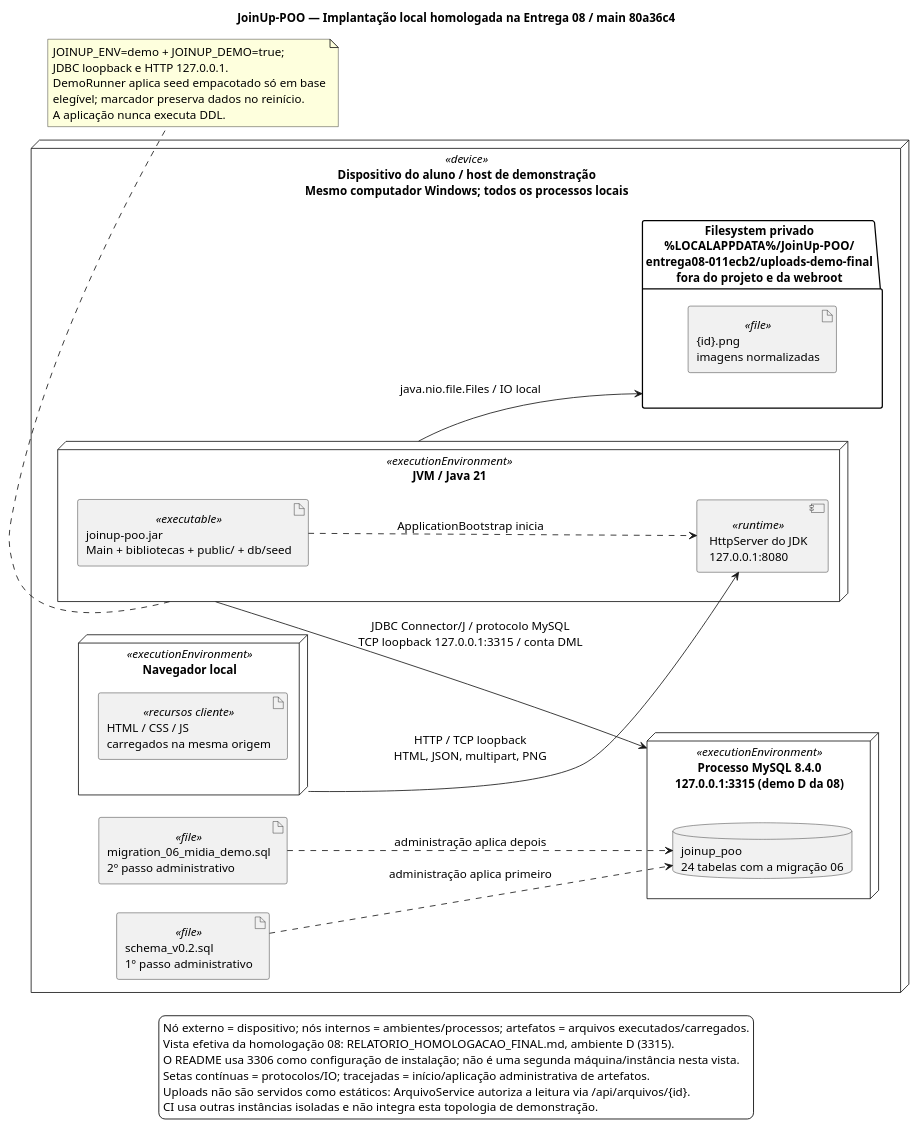
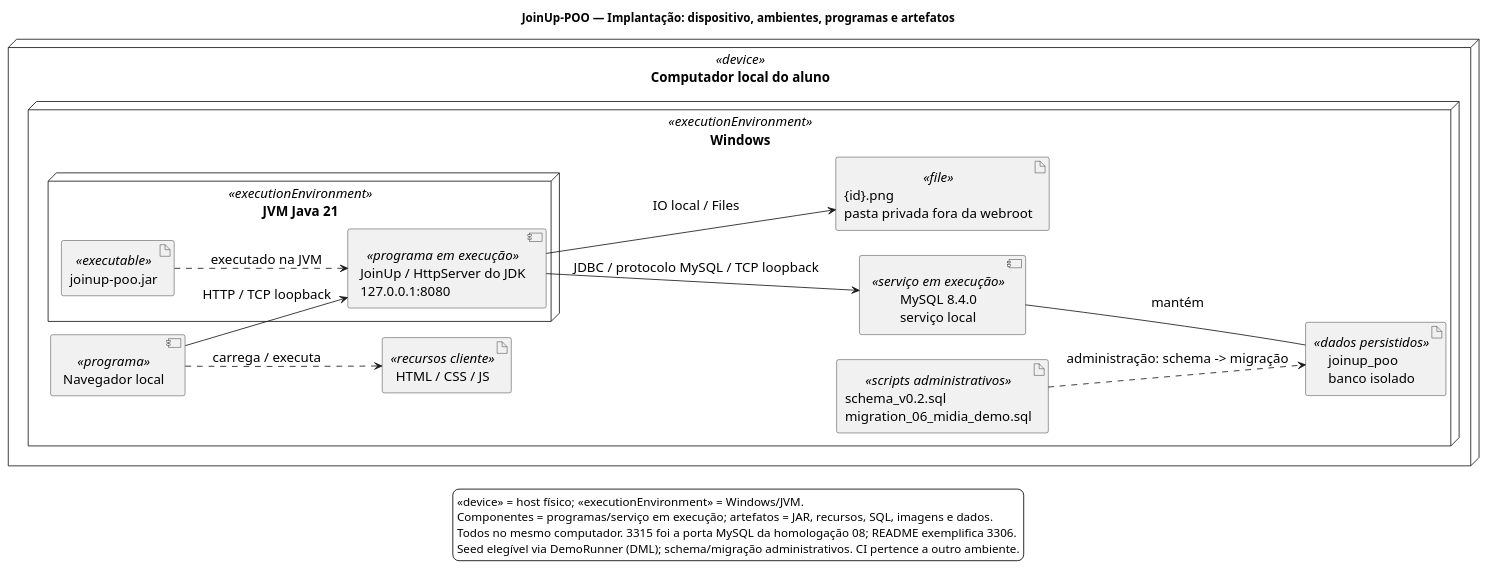
Before and after one commit to ericjs-code/JoinUp-POO: the diagram in docs/ra2/DIAGRAMA_IMPLANTACAO.puml, drawn with PlantUML. The commit also changed 29 other files, not shown here.

Commit message:
docs: alinha UML a auditoria didatica do PR 11

```diff
--- a/docs/ra2/DIAGRAMA_IMPLANTACAO.puml
+++ b/docs/ra2/DIAGRAMA_IMPLANTACAO.puml
@@ -1,52 +1,37 @@
 @startuml
-title JoinUp-POO — Implantação local homologada na Entrega 08 / main 80a36c4
+title JoinUp-POO — Implantação: dispositivo, ambientes, programas e artefatos
 skinparam shadowing false
 skinparam backgroundColor white
 skinparam defaultFontName Arial
-skinparam defaultFontSize 14
-skinparam nodesep 35
-skinparam ranksep 45
+skinparam defaultFontSize 16
+skinparam nodesep 30
+skinparam ranksep 40
 left to right direction
-
-node "Dispositivo do aluno / host de demonstração\nMesmo computador Windows; todos os processos locais" as host <<device>> {
-  node "Navegador local" as browser <<executionEnvironment>> {
-    artifact "HTML / CSS / JS\ncarregados na mesma origem" as client <<recursos cliente>>
+node "Computador local do aluno" as host <<device>> {
+  node "Windows" as os <<executionEnvironment>> {
+    component "Navegador local" as browser <<programa>>
+    artifact "HTML / CSS / JS" as client <<recursos cliente>>
+    node "JVM Java 21" as jvm <<executionEnvironment>> {
+      artifact "joinup-poo.jar" as jar <<executable>>
+      component "JoinUp / HttpServer do JDK\n127.0.0.1:8080" as app <<programa em execução>>
+    }
+    component "MySQL 8.4.0\nserviço local" as mysql <<serviço em execução>>
+    artifact "joinup_poo\nbanco isolado" as db <<dados persistidos>>
+    artifact "{id}.png\npasta privada fora da webroot" as png <<file>>
+    artifact "schema_v0.2.sql\nmigration_06_midia_demo.sql" as ddl <<scripts administrativos>>
   }
-  node "JVM / Java 21" as jvm <<executionEnvironment>> {
-    artifact "joinup-poo.jar\nMain + bibliotecas + public/ + db/seed" as jar <<executable>>
-    component "HttpServer do JDK\n127.0.0.1:8080" as http <<runtime>>
-    jar ..> http : ApplicationBootstrap inicia
-  }
-  node "Processo MySQL 8.4.0\n127.0.0.1:3315 (demo D da 08)" as mysql <<executionEnvironment>> {
-    database "joinup_poo\n24 tabelas com a migração 06" as db
-  }
-  folder "Filesystem privado\n%LOCALAPPDATA%/JoinUp-POO/\nentrega08-011ecb2/uploads-demo-final\nfora do projeto e da webroot" as fs {
-    artifact "{id}.png\nimagens normalizadas" as png <<file>>
-  }
-  artifact "schema_v0.2.sql\n1º passo administrativo" as schema <<file>>
-  artifact "migration_06_midia_demo.sql\n2º passo administrativo" as migration <<file>>
 }
-
-browser --> http : HTTP / TCP loopback\nHTML, JSON, multipart, PNG
-jvm --> mysql : JDBC Connector/J / protocolo MySQL\nTCP loopback 127.0.0.1:3315 / conta DML
-jvm --> fs : java.nio.file.Files / IO local
-schema ..> db : administração aplica primeiro
-migration ..> db : administração aplica depois
-
-note bottom of jvm
-  JOINUP_ENV=demo + JOINUP_DEMO=true;
-  JDBC loopback e HTTP 127.0.0.1.
-  DemoRunner aplica seed empacotado só em base
-  elegível; marcador preserva dados no reinício.
-  A aplicação nunca executa DDL.
-end note
-
+browser ..> client : carrega / executa
+browser --> app : HTTP / TCP loopback
+jar ..> app : executado na JVM
+app --> mysql : JDBC / protocolo MySQL / TCP loopback
+mysql -- db : mantém
+app --> png : IO local / Files
+ddl ..> db : administração: schema -> migração
 legend bottom
-  Nó externo = dispositivo; nós internos = ambientes/processos; artefatos = arquivos executados/carregados.
-  Vista efetiva da homologação 08: RELATORIO_HOMOLOGACAO_FINAL.md, ambiente D (3315).
-  O README usa 3306 como configuração de instalação; não é uma segunda máquina/instância nesta vista.
-  Setas contínuas = protocolos/IO; tracejadas = início/aplicação administrativa de artefatos.
-  Uploads não são servidos como estáticos: ArquivoService autoriza a leitura via /api/arquivos/{id}.
-  CI usa outras instâncias isoladas e não integra esta topologia de demonstração.
+  <<device>> = host físico; <<executionEnvironment>> = Windows/JVM.
+  Componentes = programas/serviço em execução; artefatos = JAR, recursos, SQL, imagens e dados.
+  Todos no mesmo computador. 3315 foi a porta MySQL da homologação 08; README exemplifica 3306.
+  Seed elegível via DemoRunner (DML); schema/migração administrativos. CI pertence a outro ambiente.
 endlegend
 @enduml
```
